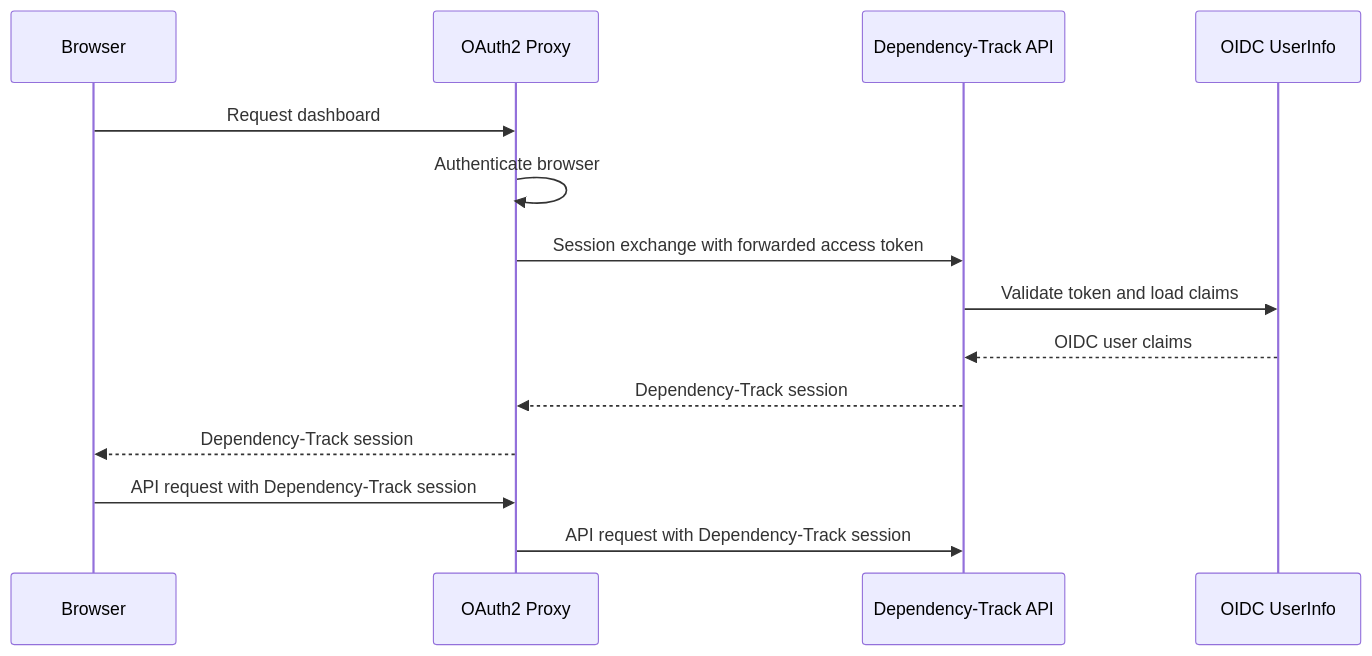
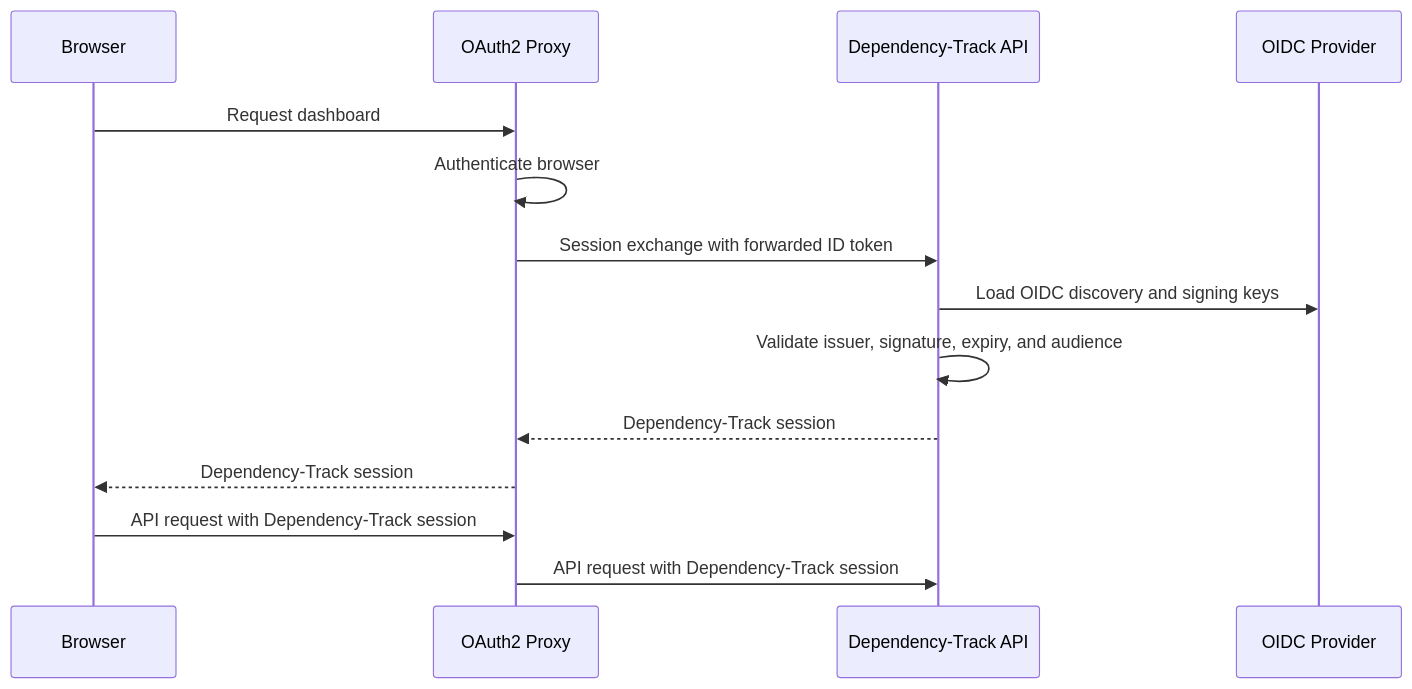
One commit to DependencyTrack/dependency-track changed the diagram in docs/adr/040-oauth2-proxy-authentication.md. Above: the diagram before and after it, drawn with Mermaid. The commit also changed other lines of this file, not shown here.

Commit message:
Revise OAuth2 Proxy token validation

````diff
--- a/docs/adr/040-oauth2-proxy-authentication.md
+++ b/docs/adr/040-oauth2-proxy-authentication.md
@@ -77,17 +107,17 @@
 ```mermaid
 sequenceDiagram
     participant Browser
     participant Proxy as OAuth2 Proxy
     participant API as Dependency-Track API
-    participant IdP as OIDC UserInfo
+    participant IdP as OIDC Provider
 
     Browser->>Proxy: Request dashboard
     Proxy->>Proxy: Authenticate browser
-    Proxy->>API: Session exchange with forwarded access token
-    API->>IdP: Validate token and load claims
-    IdP-->>API: OIDC user claims
+    Proxy->>API: Session exchange with forwarded ID token
+    API->>IdP: Load OIDC discovery and signing keys
+    API->>API: Validate issuer, signature, expiry, and audience
     API-->>Proxy: Dependency-Track session
     Proxy-->>Browser: Dependency-Track session
     Browser->>Proxy: API request with Dependency-Track session
     Proxy->>API: API request with Dependency-Track session
 ```
````
